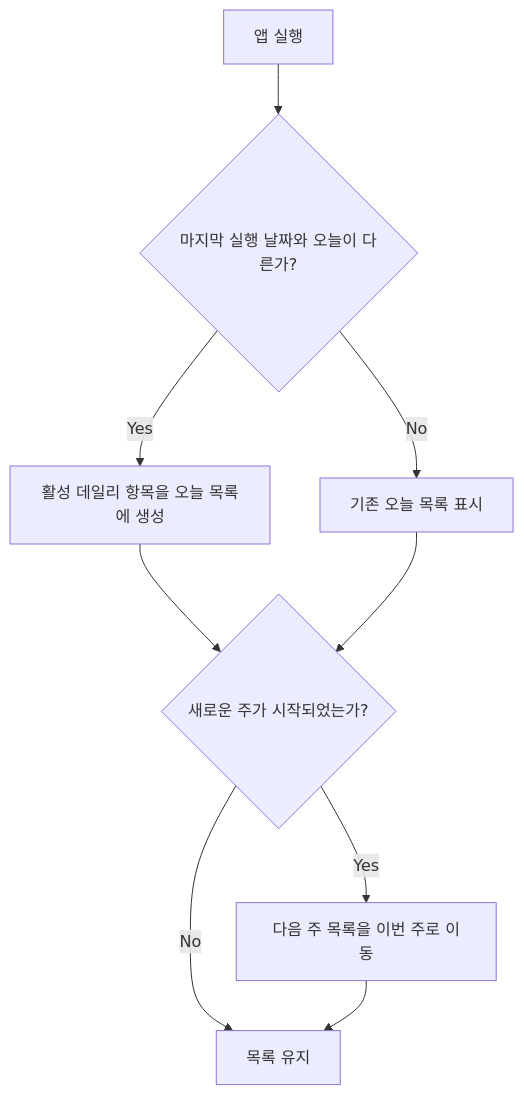
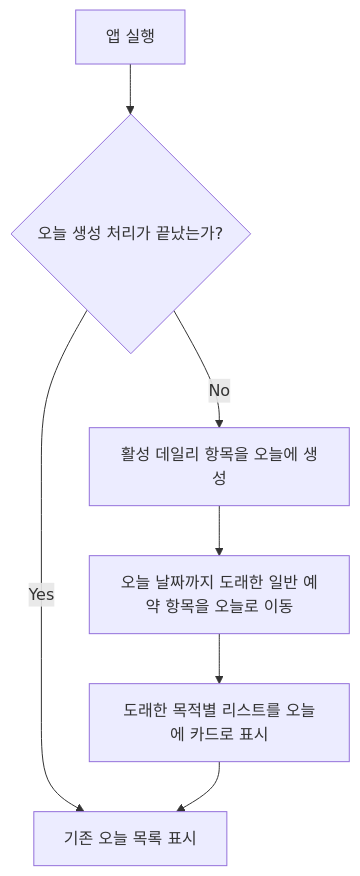
One commit to jiyeongoing/to-do-list-application changed the second of 2 diagrams in docs/USER_FLOW.md. Above: the diagram before and after it, drawn with Mermaid. The commit also changed other lines of this file and 6 other files, not shown here.

````diff
--- a/docs/USER_FLOW.md
+++ b/docs/USER_FLOW.md
@@ -19,11 +20,9 @@
 ```mermaid
 flowchart TD
-    A["앱 실행"] --> B{"마지막 실행 날짜와 오늘이 다른가?"}
-    B -- "Yes" --> C["활성 데일리 항목을 오늘 목록에 생성"]
-    B -- "No" --> D["기존 오늘 목록 표시"]
-    C --> E{"새로운 주가 시작되었는가?"}
-    D --> E
-    E -- "Yes" --> F["다음 주 목록을 이번 주로 이동"]
-    E -- "No" --> G["목록 유지"]
-    F --> G
+    A["앱 실행"] --> B{"오늘 생성 처리가 끝났는가?"}
+    B -- "No" --> C["활성 데일리 항목을 오늘에 생성"]
+    C --> D["오늘 날짜까지 도래한 일반 예약 항목을 오늘로 이동"]
+    D --> F["도래한 목적별 리스트를 오늘에 카드로 표시"]
+    B -- "Yes" --> E["기존 오늘 목록 표시"]
+    F --> E
 ```
````
